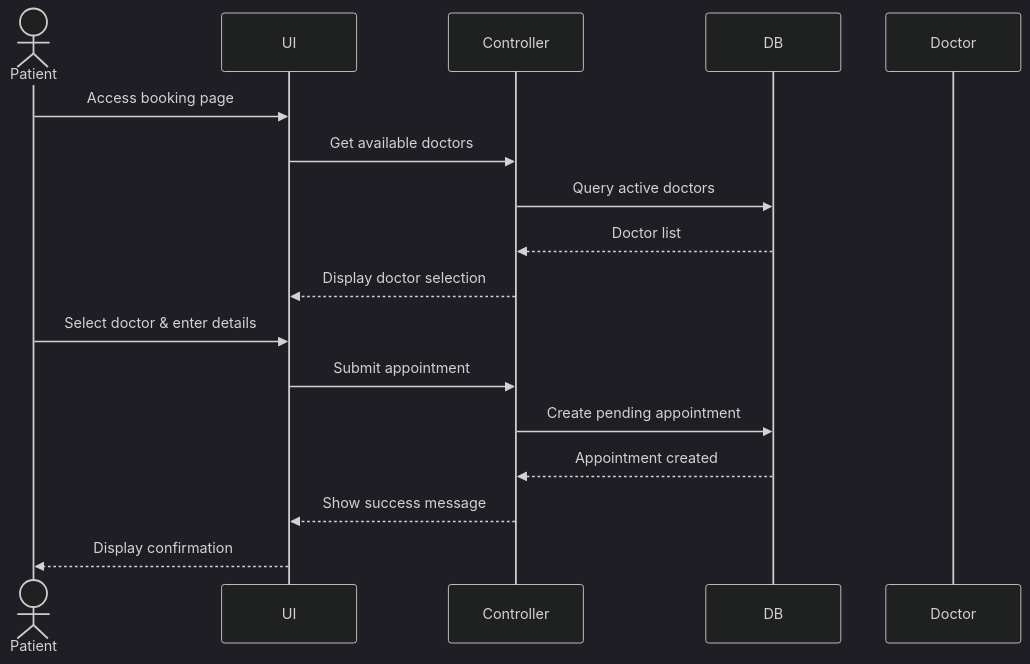
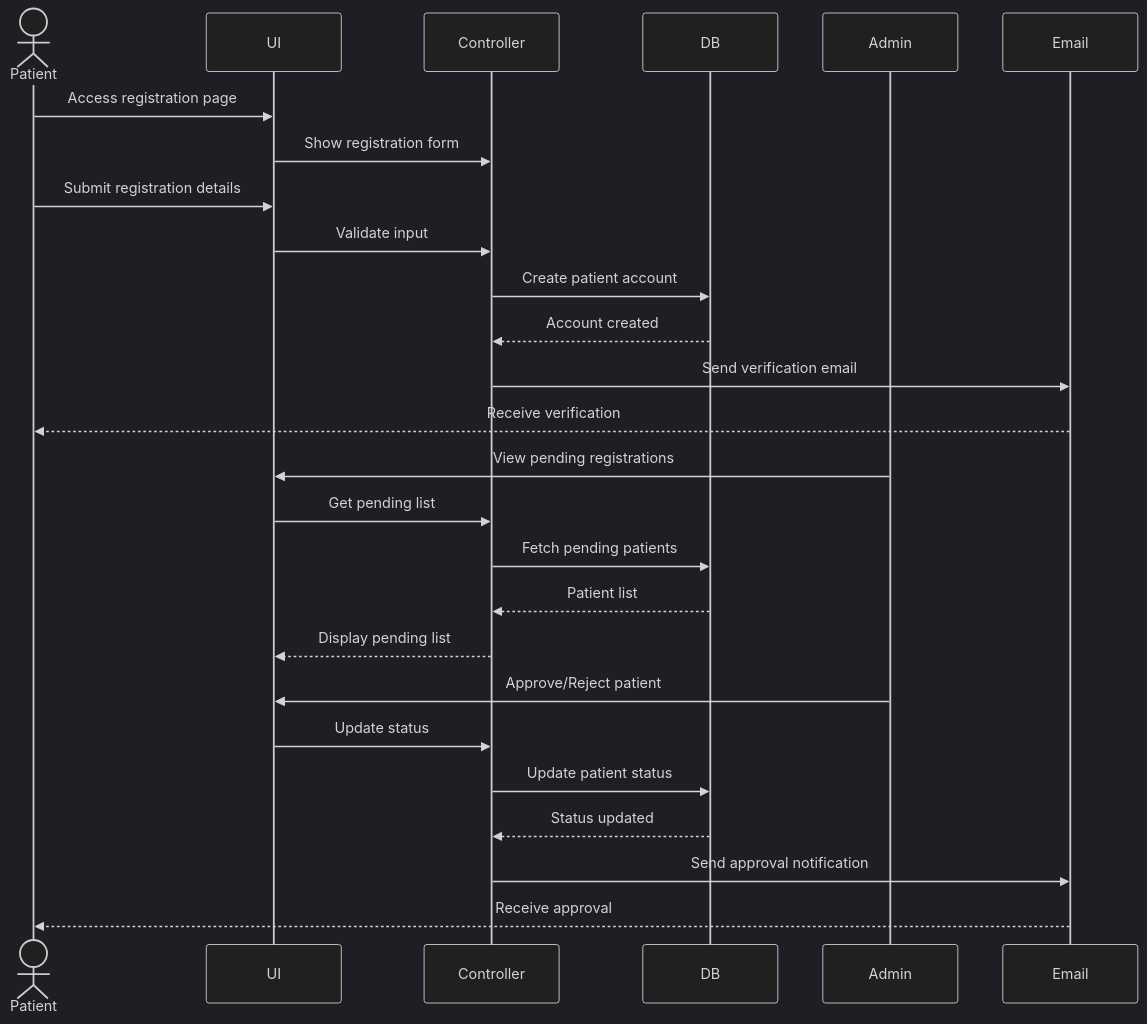
One commit to SazPy/Hospital-Management changed the first of 10 diagrams in docs/use-cases.md. Above: the diagram before and after it, drawn with Mermaid (dark theme). The commit also changed other lines of this file, not shown here.

````diff
--- a/docs/use-cases.md
+++ b/docs/use-cases.md
@@ -105,21 +242,31 @@
 ```mermaid
 sequenceDiagram
     actor Patient
     participant UI
     participant Controller
     participant DB
-    participant Doctor
+    participant Admin
+    participant Email
 
-    Patient->>UI: Access booking page
-    UI->>Controller: Get available doctors
-    Controller->>DB: Query active doctors
-    DB-->>Controller: Doctor list
-    Controller-->>UI: Display doctor selection
+    Patient->>UI: Access registration page
+    UI->>Controller: Show registration form
+    Patient->>UI: Submit registration details
+    UI->>Controller: Validate input
+    Controller->>DB: Create patient account
+    DB-->>Controller: Account created
+    Controller->>Email: Send verification email
+    Email-->>Patient: Receive verification
     
-    Patient->>UI: Select doctor & enter details
-    UI->>Controller: Submit appointment
-    Controller->>DB: Create pending appointment
-    DB-->>Controller: Appointment created
-    Controller-->>UI: Show success message
-    UI-->>Patient: Display confirmation
+    Admin->>UI: View pending registrations
+    UI->>Controller: Get pending list
+    Controller->>DB: Fetch pending patients
+    DB-->>Controller: Patient list
+    Controller-->>UI: Display pending list
+    
+    Admin->>UI: Approve/Reject patient
+    UI->>Controller: Update status
+    Controller->>DB: Update patient status
+    DB-->>Controller: Status updated
+    Controller->>Email: Send approval notification
+    Email-->>Patient: Receive approval
 ```
````
